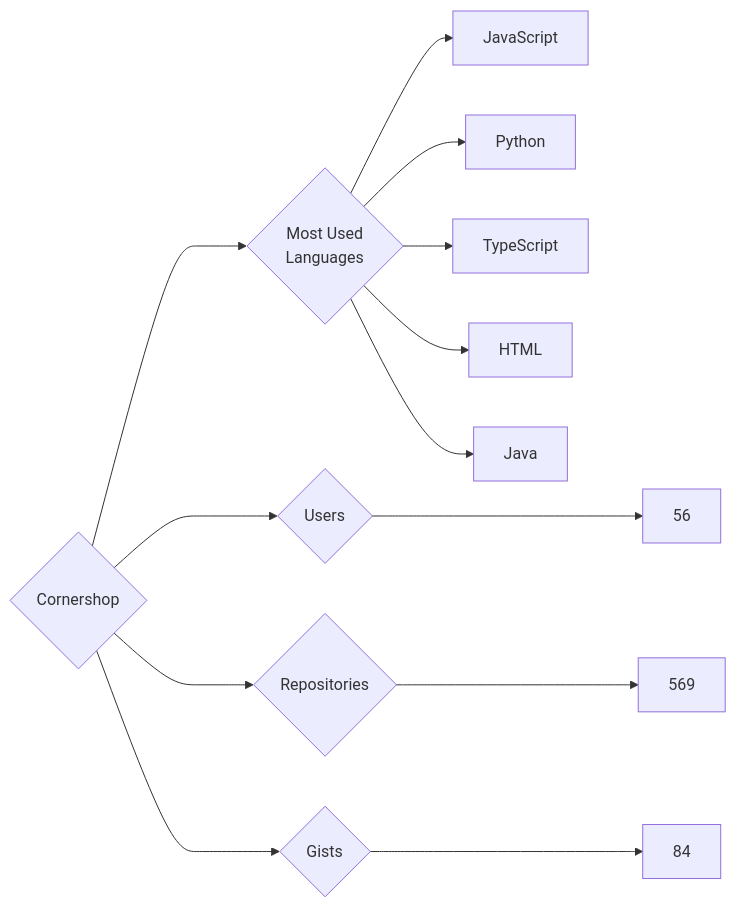
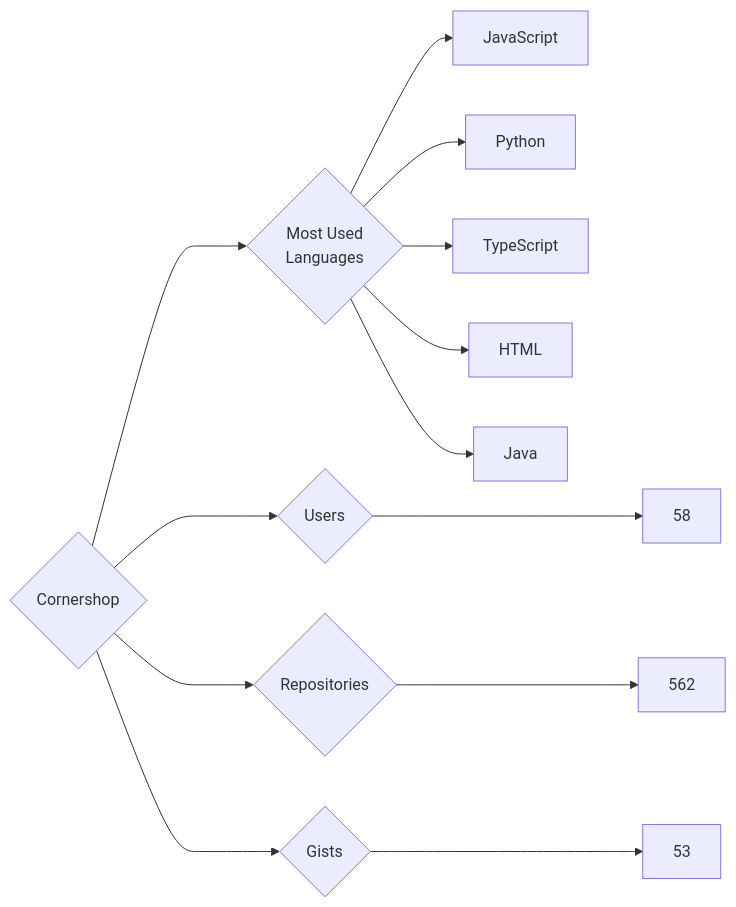
The diagram in targets/Cornershop/README.md (trickest/insiders), drawn with Mermaid before and after one commit. The commit also changed 639 other files, not shown here.

````diff
--- a/targets/Cornershop/README.md
+++ b/targets/Cornershop/README.md
@@ -3,13 +3,13 @@
 ```mermaid
 graph LR
 COMPANY_NAME{Cornershop}
-COMPANY_NAME ---> U{Users} ---> UN[56]
-COMPANY_NAME ---> R{Repositories} ---> RN[569]
-COMPANY_NAME ---> G{Gists} ---> GN[84]
+COMPANY_NAME ---> U{Users} ---> UN[58]
+COMPANY_NAME ---> R{Repositories} ---> RN[562]
+COMPANY_NAME ---> G{Gists} ---> GN[53]
 COMPANY_NAME ---> ML{Most Used<br>Languages}
 ML --> JavaScript[JavaScript]
 ML --> Python[Python]
 ML --> TypeScript[TypeScript]
 ML --> HTML[HTML]
 ML --> Java[Java]
 ```
````
